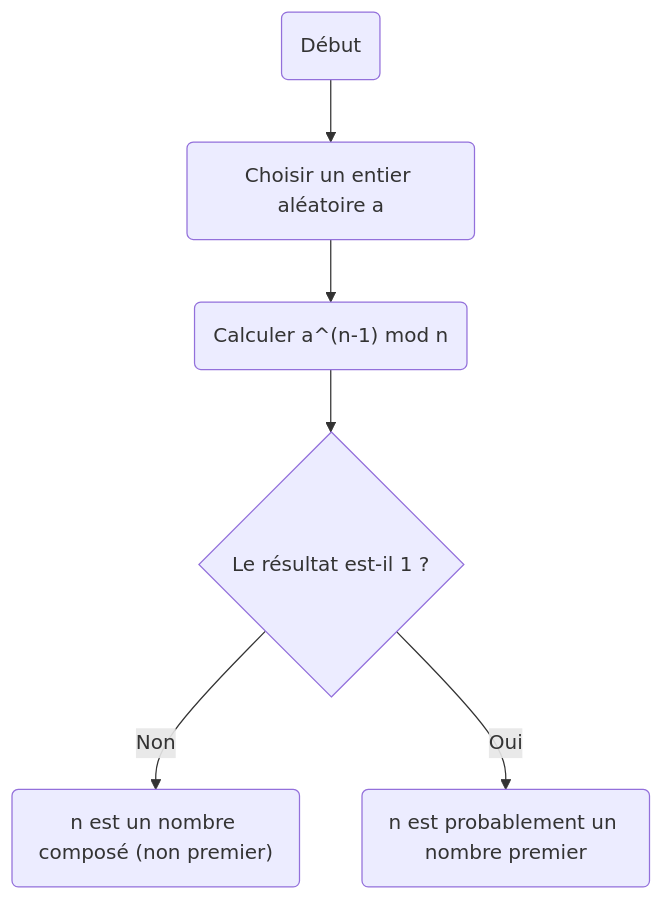
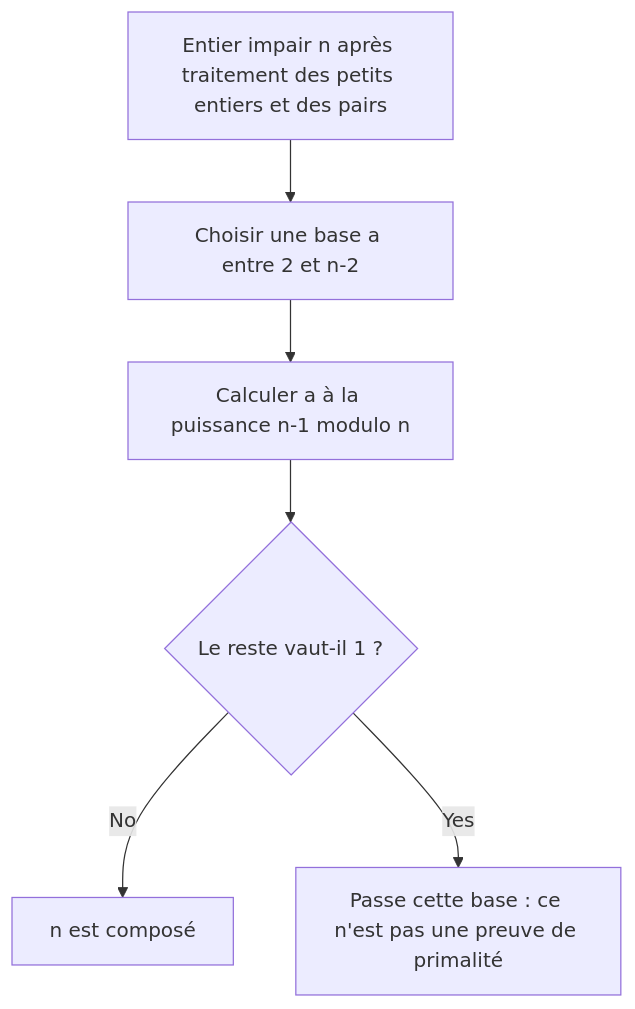
One commit to kenjinote/blog changed the first of 2 diagrams in content/post/fermats-little-theorem/index.fr.md. Above: the diagram before and after it, drawn with Mermaid. The commit also changed other lines of this file and 5 other files, not shown here.

````diff
--- a/content/post/fermats-little-theorem/index.fr.md
+++ b/content/post/fermats-little-theorem/index.fr.md
@@ -84,8 +56,8 @@
 ```mermaid
 flowchart TD
-    Start("Début") --> ChooseA("Choisir un entier aléatoire a")
-    ChooseA --> Calc("Calculer a^(n-1) mod n")
-    Calc --> Check{"Le résultat est-il 1 ?"}
-    Check -- "Non" --> Composite("n est un nombre composé (non premier)")
-    Check -- "Oui" --> ProbPrime("n est probablement un nombre premier")
+    Input["Entier impair n après traitement des petits entiers et des pairs"] --> Choose["Choisir une base a entre 2 et n-2"]
+    Choose --> Calc["Calculer a à la puissance n-1 modulo n"]
+    Calc --> Check{"Le reste vaut-il 1 ?"}
+    Check -- No --> Composite["n est composé"]
+    Check -- Yes --> Pass["Passe cette base : ce n'est pas une preuve de primalité"]
 ```
````
